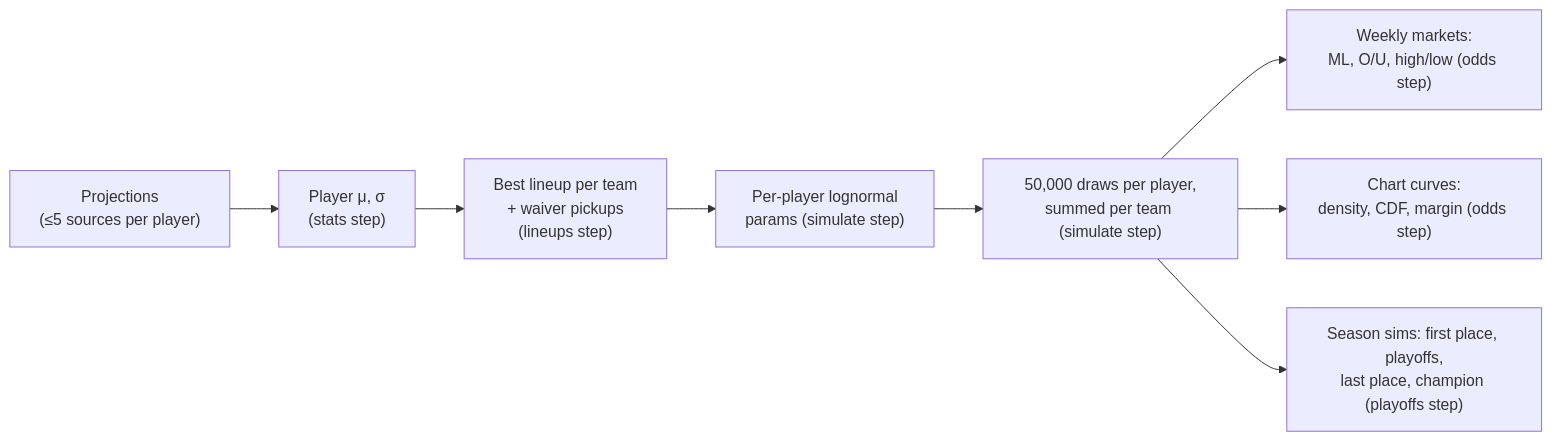
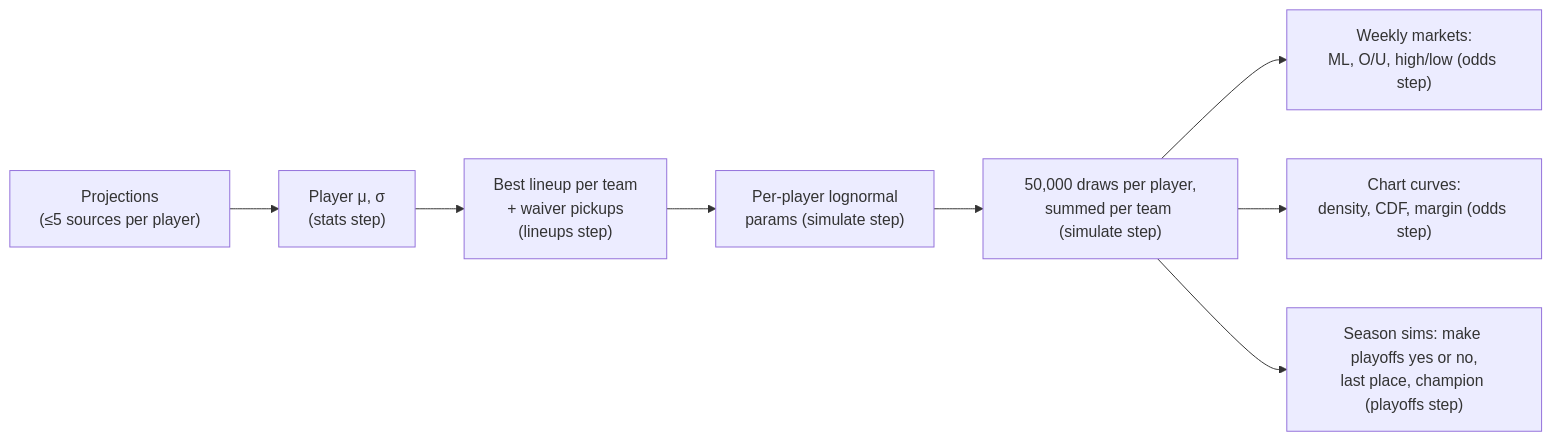
One commit to sfaizi24/TNCasino changed the diagram in docs/architecture/03-modeling-and-odds.md. Above: the diagram before and after it, drawn with Mermaid. The commit also changed other lines of this file and 8 other files, not shown here.

First line of the commit message:
Document futures as yes or no, no first place, and futures parlays

````diff
--- a/docs/architecture/03-modeling-and-odds.md
+++ b/docs/architecture/03-modeling-and-odds.md
@@ -5,10 +5,10 @@
 ```mermaid
 flowchart LR
     P["Projections<br/>(≤5 sources per player)"] --> S["Player μ, σ<br/>(stats step)"]
     S --> L["Best lineup per team<br/>+ waiver pickups<br/>(lineups step)"]
     L --> LN["Per-player lognormal<br/>params (simulate step)"]
     LN --> SIM["50,000 draws per player,<br/>summed per team (simulate step)"]
     SIM --> MK["Weekly markets:<br/>ML, O/U, high/low (odds step)"]
     SIM --> CV["Chart curves:<br/>density, CDF, margin (odds step)"]
-    SIM --> ST["Season sims: first place, playoffs,<br/>last place, champion (playoffs step)"]
+    SIM --> ST["Season sims: make playoffs yes or no,<br/>last place, champion (playoffs step)"]
 ```
````
